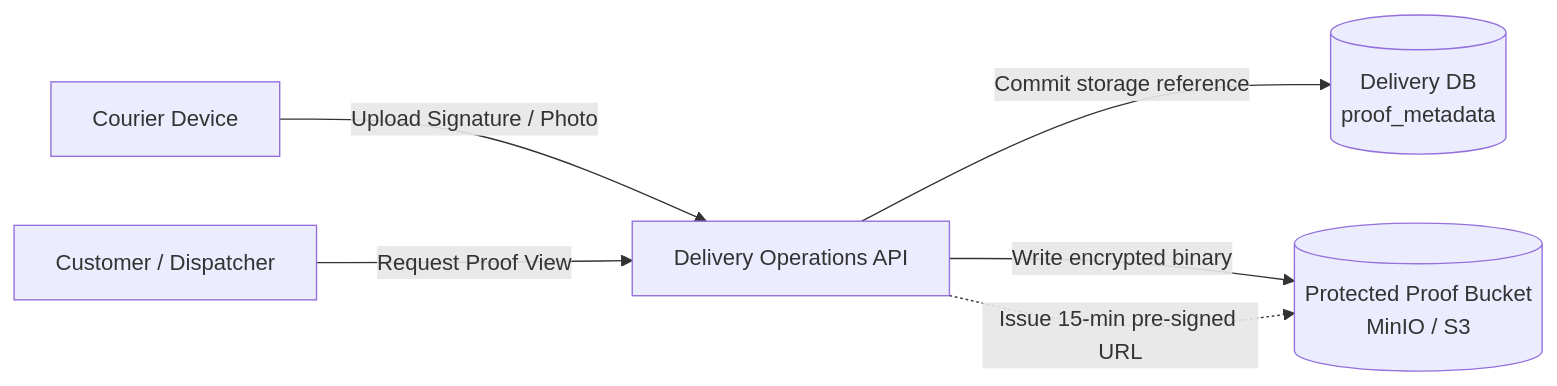
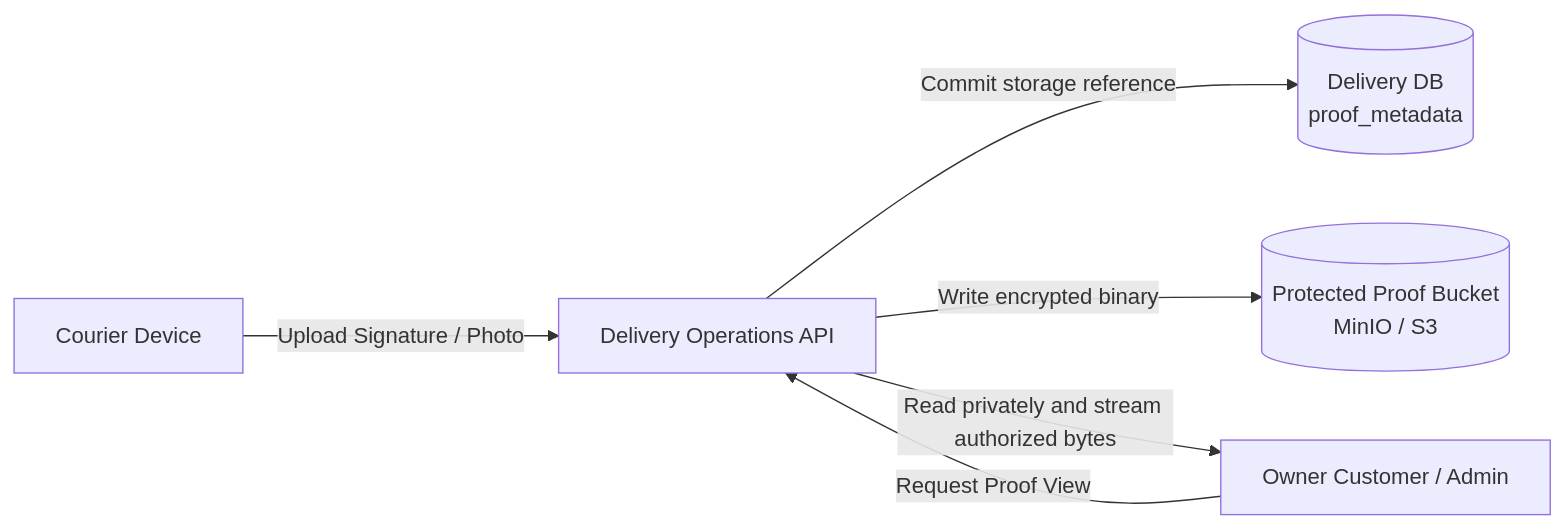
The seventh of 7 diagrams in design/diagrams/er/README.md (SwiftDrop-Group09/swiftdrop-docs), drawn with Mermaid before and after one commit. The commit also changed other lines of this file and 56 other files, not shown here.

Commit message:
docs: revise and export required workflow diagrams

````diff
--- a/design/diagrams/er/README.md
+++ b/design/diagrams/er/README.md
@@ -368,8 +424,8 @@
 ```mermaid
 flowchart LR
     CourierApp["Courier Device"] -->|Upload Signature / Photo| DeliveryAPI["Delivery Operations API"]
     DeliveryAPI -->|Commit storage reference| DeliveryDB[("Delivery DB\nproof_metadata")]
     DeliveryAPI -->|Write encrypted binary| ProofBucket[("Protected Proof Bucket\nMinIO / S3")]
-    CustomerApp["Customer / Dispatcher"] -->|Request Proof View| DeliveryAPI
-    DeliveryAPI -.->|Issue 15-min pre-signed URL| ProofBucket
+    CustomerApp["Owner Customer / Admin"] -->|Request Proof View| DeliveryAPI
+    DeliveryAPI -->|Read privately and stream authorized bytes| CustomerApp
 ```
````
